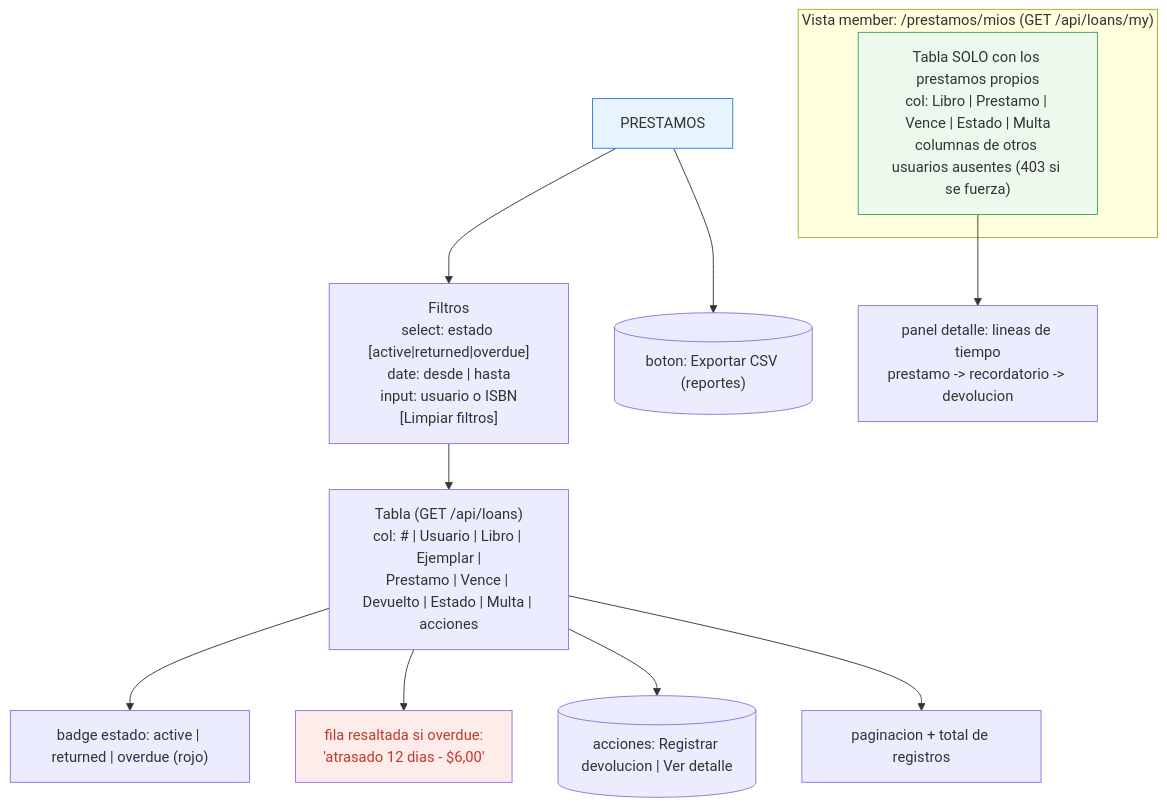
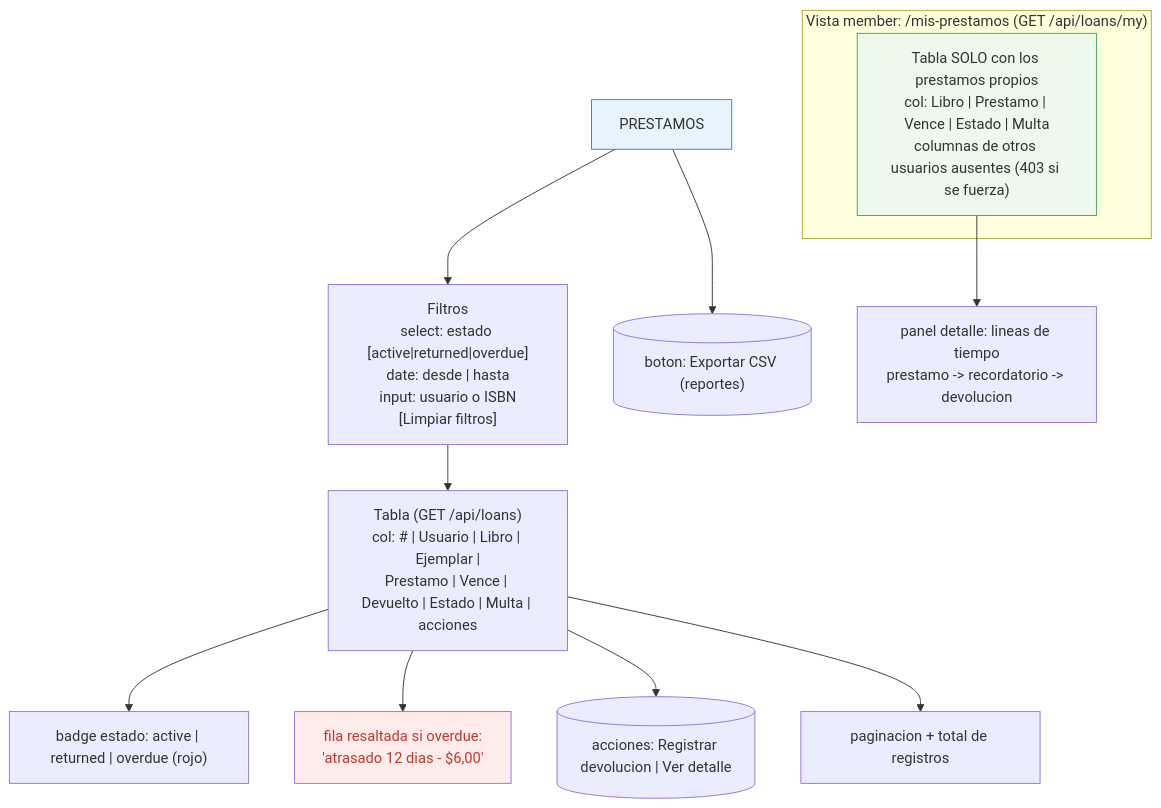
One commit to AngelC00kies/sistema-biblioteca changed the seventh of 13 diagrams in docs/07-interfaces.md. Above: the diagram before and after it, drawn with Mermaid. The commit also changed other lines of this file and 21 other files, not shown here.

````diff
--- a/docs/07-interfaces.md
+++ b/docs/07-interfaces.md
@@ -219,20 +219,20 @@
 ```mermaid
 graph TD
   L3["PRESTAMOS"] --> F3["Filtros<br/>select: estado [active|returned|overdue]<br/>date: desde | hasta<br/>input: usuario o ISBN<br/>[Limpiar filtros]"]
   F3 --> T3["Tabla (GET /api/loans)<br/>col: # | Usuario | Libro | Ejemplar |<br/>Prestamo | Vence | Devuelto | Estado | Multa | acciones"]
   T3 --> EG["badge estado: active | returned | overdue (rojo)"]
   T3 --> LATE["fila resaltada si overdue:<br/>'atrasado 12 dias - $6,00'"]
   T3 --> AC[("acciones: Registrar devolucion | Ver detalle")]
   T3 --> PG3["paginacion + total de registros"]
 
-  subgraph VISTA_MEMBER[" Vista member: /prestamos/mios (GET /api/loans/my)"]
+  subgraph VISTA_MEMBER[" Vista member: /mis-prestamos (GET /api/loans/my)"]
     T4["Tabla SOLO con los prestamos propios<br/>col: Libro | Prestamo | Vence | Estado | Multa<br/>columnas de otros usuarios ausentes (403 si se fuerza)"]
   end
 
   L3 --> XLS[("boton: Exportar CSV (reportes)")]
   T4 --> DET["panel detalle: lineas de tiempo<br/>prestamo -> recordatorio -> devolucion"]
 
   style L3 fill:#e8f4fd,stroke:#2c7be5
   style LATE fill:#fdecea,color:#c0392b
   style T4 fill:#eef9ee,stroke:#3aa655
 ```
````
